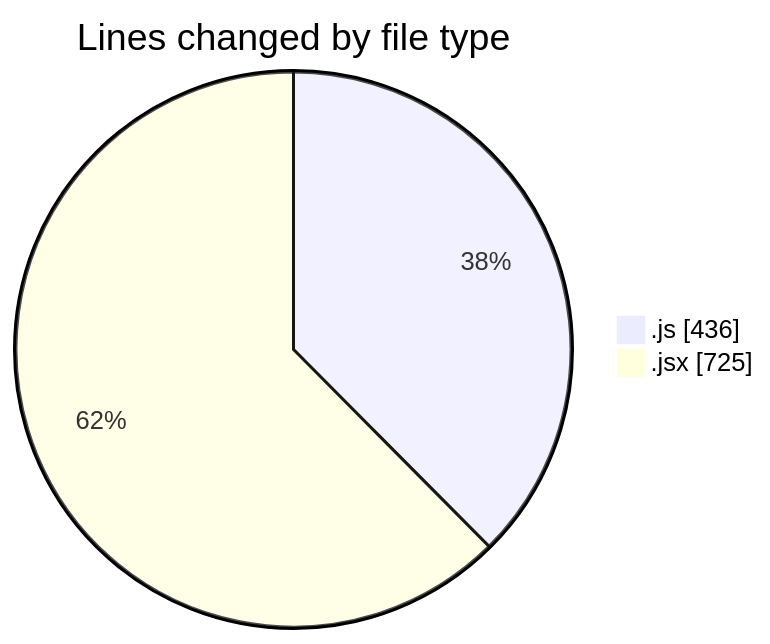
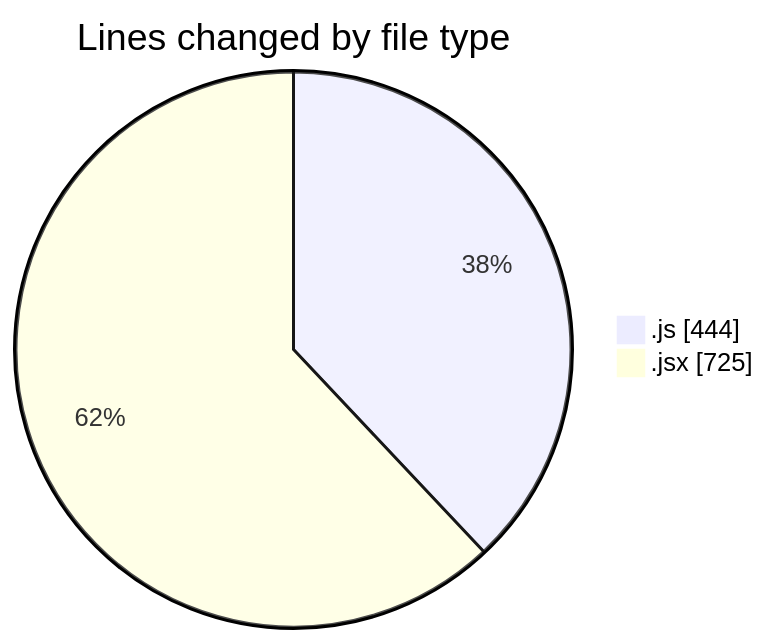
One commit to nxtqubesakshisongat/code-tracking changed the first of 2 diagrams in 2025-05-29/nxtqube_webapp/README.md. Above: the diagram before and after it, drawn with Mermaid. The commit also changed other lines of this file and 1 other file, not shown here.

````diff
--- a/2025-05-29/nxtqube_webapp/README.md
+++ b/2025-05-29/nxtqube_webapp/README.md
@@ -29,6 +29,6 @@
 ```mermaid
 pie showData
 title Lines changed by file type
-".js" : 436
+".js" : 444
 ".jsx" : 725
 ```
````
